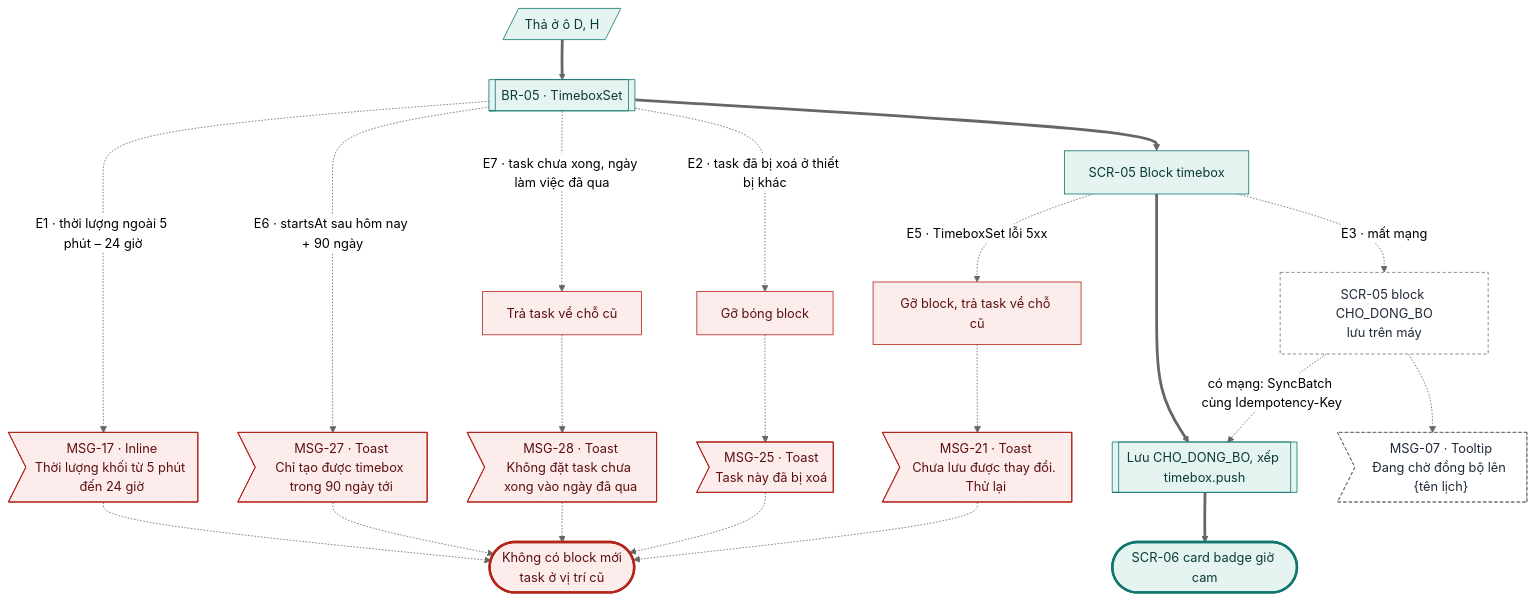
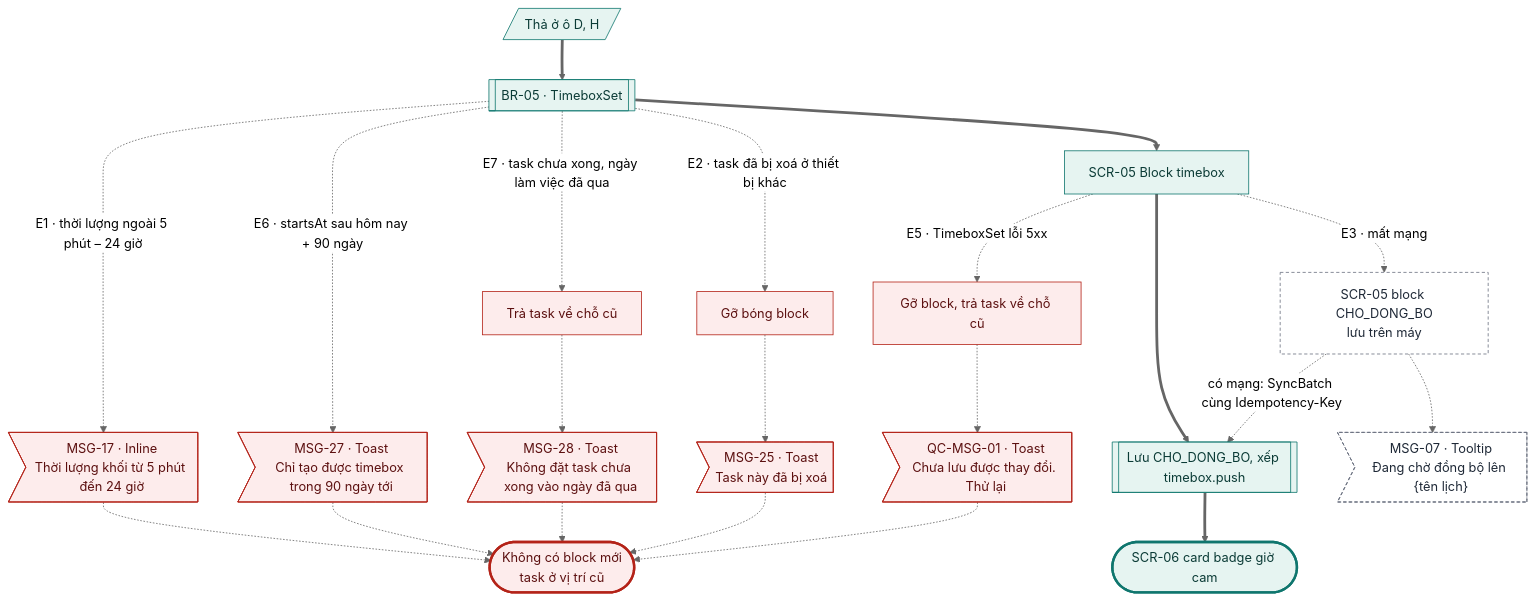
One commit to tannguyenho/personal-app changed the seventh of 22 diagrams in docs/design-brief/flow/g05-lich-timebox.md. Above: the diagram before and after it, drawn with Mermaid (neutral theme). The commit also changed other lines of this file and 7 other files, not shown here.

First line of the commit message:
docs(G05, G07): áp quyết định PO 09/11 vào SRS, PRD, flow; QC-10, IA khay

````diff
--- a/docs/design-brief/flow/g05-lich-timebox.md
+++ b/docs/design-brief/flow/g05-lich-timebox.md
@@ -308,41 +314,41 @@
 ```mermaid
 flowchart TD
   u2[/"Thả ở ô D, H"/]
   p1[["BR-05 · TimeboxSet"]]
   s2["SCR-05 Block timebox"]
   p2[["Lưu CHO_DONG_BO, xếp timebox.push"]]
   ok(["SCR-06 card badge giờ cam"])
   u2 ==> p1 ==> s2 ==> p2 ==> ok
 
   p1 -.->|"E1 · thời lượng ngoài 5 phút – 24 giờ"| e1m>"MSG-17 · Inline<br/>Thời lượng khối từ 5 phút đến 24 giờ"]
   p1 -.->|"E6 · startsAt sau hôm nay + 90 ngày"| e6m>"MSG-27 · Toast<br/>Chỉ tạo được timebox trong 90 ngày tới"]
   p1 -.->|"E7 · task chưa xong, ngày làm việc đã qua"| e7["Trả task về chỗ cũ"]
   e7 -.-> e7m>"MSG-28 · Toast<br/>Không đặt task chưa xong vào ngày đã qua"]
   p1 -.->|"E2 · task đã bị xoá ở thiết bị khác"| e2["Gỡ bóng block"]
   e2 -.-> e2m>"MSG-25 · Toast<br/>Task này đã bị xoá"]
   s2 -.->|"E5 · TimeboxSet lỗi 5xx"| e5["Gỡ block, trả task về chỗ cũ"]
-  e5 -.-> e5m>"MSG-21 · Toast<br/>Chưa lưu được thay đổi. Thử lại"]
+  e5 -.-> e5m>"QC-MSG-01 · Toast<br/>Chưa lưu được thay đổi. Thử lại"]
   s2 -.->|"E3 · mất mạng"| e3["SCR-05 block CHO_DONG_BO<br/>lưu trên máy"]
   e3 -.-> e3m>"MSG-07 · Tooltip<br/>Đang chờ đồng bộ lên {tên lịch}"]
   e3 -.->|"có mạng: SyncBatch cùng Idempotency-Key"| p2
   e1m -.-> fail(["Không có block mới<br/>task ở vị trí cũ"])
   e6m -.-> fail
   e7m -.-> fail
   e2m -.-> fail
   e5m -.-> fail
 
   class u2,p1,s2,p2 happy
   class e1m,e6m,e7,e7m,e2,e2m,e5,e5m err
   class e3,e3m sync
   class ok done
   class fail fail
   classDef happy fill:#E6F4F1,stroke:#0F766E,color:#0B3B36
   classDef alt fill:#F1F3F5,stroke:#6B7280,color:#1F2937
   classDef err fill:#FDECEC,stroke:#B42318,color:#5C1010
   classDef warn fill:#FEF4E2,stroke:#B45309,color:#4A2604
   classDef ai fill:#F1ECFD,stroke:#6D28D9,color:#2E1065
   classDef sync fill:#FFFFFF,stroke:#6B7280,stroke-dasharray:4 3,color:#1F2937
   classDef link fill:#FFFFFF,stroke:#0F766E,stroke-dasharray:4 3,color:#0B3B36
   classDef done fill:#E6F4F1,stroke:#0F766E,stroke-width:3px,color:#0B3B36
   classDef fail fill:#FDECEC,stroke:#B42318,stroke-width:3px,color:#5C1010
 ```
````
